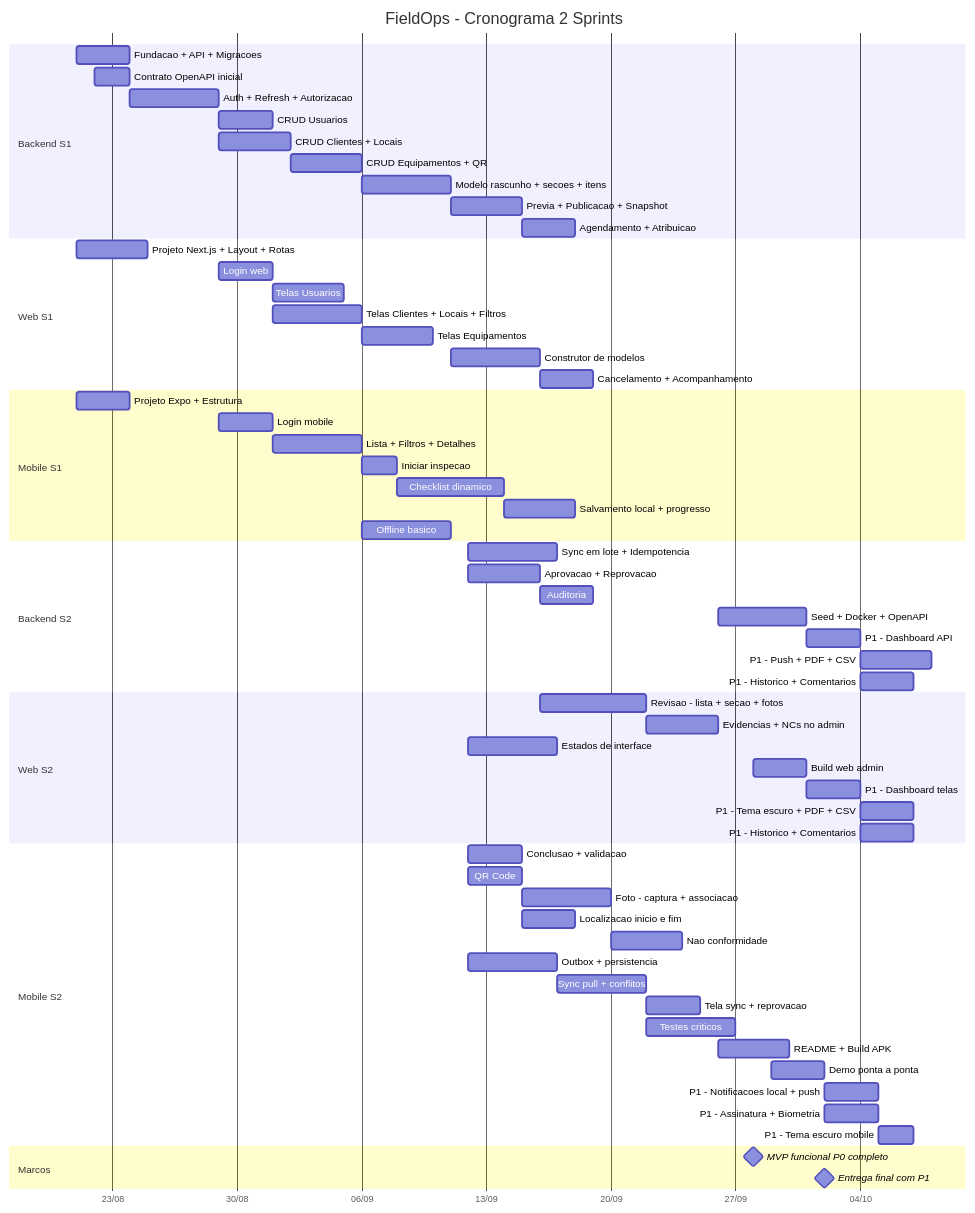
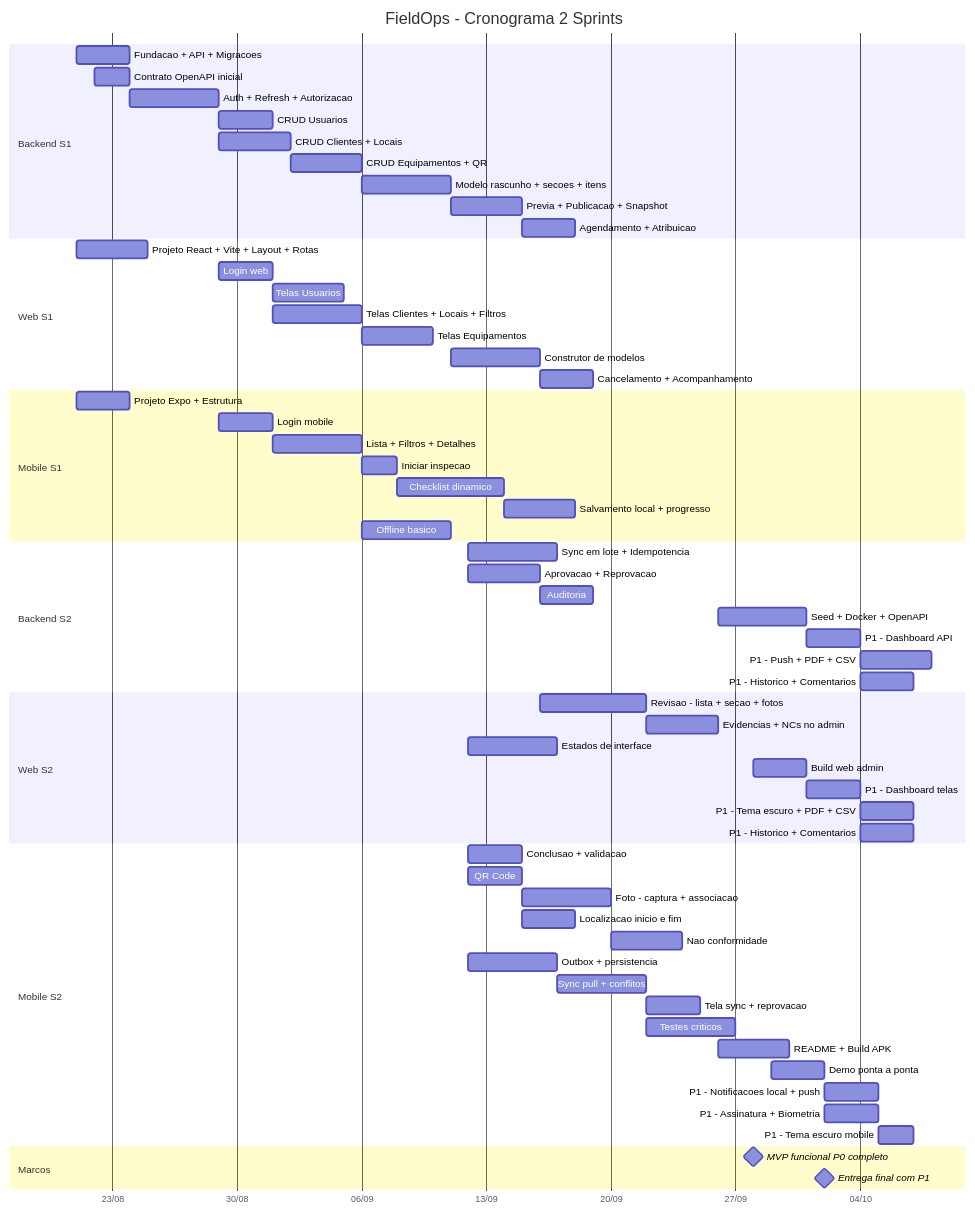
Before and after one commit to NataliaNogueira1/404NOTFOUND_Field_Ops: the diagram in docs/cronograma.md, drawn with Mermaid. The commit also changed other lines of this file and 63 other files, not shown here.

````diff
--- a/docs/cronograma.md
+++ b/docs/cronograma.md
@@ -154,73 +154,73 @@
 ```mermaid
 gantt
     title FieldOps - Cronograma 2 Sprints
     dateFormat  YYYY-MM-DD
     axisFormat  %d/%m
 
     section Backend S1
     Fundacao + API + Migracoes             :b1, 2026-08-21, 3d
     Contrato OpenAPI inicial               :b2, 2026-08-22, 2d
     Auth + Refresh + Autorizacao           :b3, after b1, 5d
     CRUD Usuarios                          :b4, after b3, 3d
     CRUD Clientes + Locais                 :b5, after b3, 4d
     CRUD Equipamentos + QR                 :b6, after b5, 4d
     Modelo rascunho + secoes + itens       :b7, after b6, 5d
     Previa + Publicacao + Snapshot         :b8, after b7, 4d
     Agendamento + Atribuicao               :b9, after b8, 3d
 
     section Web S1
-    Projeto Next.js + Layout + Rotas       :w1, 2026-08-21, 4d
+    Projeto React + Vite + Layout + Rotas  :w1, 2026-08-21, 4d
     Login web                              :w2, after b3, 3d
     Telas Usuarios                         :w3, after w2, 4d
     Telas Clientes + Locais + Filtros      :w4, after w2, 5d
     Telas Equipamentos                     :w5, after w4, 4d
     Construtor de modelos                  :w6, after b7, 5d
     Cancelamento + Acompanhamento          :w7, after w6, 3d
 
     section Mobile S1
     Projeto Expo + Estrutura               :mo1, 2026-08-21, 3d
     Login mobile                           :mo2, after b3, 3d
     Lista + Filtros + Detalhes             :mo3, after mo2, 5d
     Iniciar inspecao                        :mo4, after mo3, 2d
     Checklist dinamico                     :mo5, after mo4, 6d
     Salvamento local + progresso           :mo6, after mo5, 4d
     Offline basico                         :mo7, after mo3, 5d
 
     section Backend S2
     Sync em lote + Idempotencia            :b10, 2026-09-12, 5d
     Aprovacao + Reprovacao                 :b11, 2026-09-12, 4d
     Auditoria                              :b12, after b11, 3d
     Seed + Docker + OpenAPI                :b13, 2026-09-26, 5d
     P1 - Dashboard API                     :b14, after b13, 3d
     P1 - Push + PDF + CSV                  :b15, after b14, 4d
     P1 - Historico + Comentarios           :b16, after b14, 3d
 
     section Web S2
     Revisao - lista + secao + fotos        :w8, after b11, 6d
     Evidencias + NCs no admin              :w9, after w8, 4d
     Estados de interface                   :w10, 2026-09-12, 5d
     Build web admin                        :w11, 2026-09-28, 3d
     P1 - Dashboard telas                   :w12, after w11, 3d
     P1 - Tema escuro + PDF + CSV           :w13, after w12, 3d
     P1 - Historico + Comentarios           :w14, after w12, 3d
 
     section Mobile S2
     Conclusao + validacao                  :mo8, 2026-09-12, 3d
     QR Code                                :mo9, 2026-09-12, 3d
     Foto - captura + associacao            :mo10, after mo8, 5d
     Localizacao inicio e fim               :mo11, after mo9, 3d
     Nao conformidade                       :mo12, after mo10, 4d
     Outbox + persistencia                  :mo13, 2026-09-12, 5d
     Sync pull + conflitos                  :mo14, after mo13, 5d
     Tela sync + reprovacao                 :mo15, after mo14, 3d
     Testes criticos                        :mo16, 2026-09-22, 5d
     README + Build APK                     :mo17, 2026-09-26, 4d
     Demo ponta a ponta                     :mo18, 2026-09-29, 3d
     P1 - Notificacoes local + push         :mo19, after mo18, 3d
     P1 - Assinatura + Biometria            :mo20, after mo18, 3d
     P1 - Tema escuro mobile                :mo21, after mo19, 2d
 
     section Marcos
     MVP funcional P0 completo              :milestone, m3, 2026-09-28, 0d
     Entrega final com P1                   :milestone, m4, 2026-10-02, 0d
 ```
````
